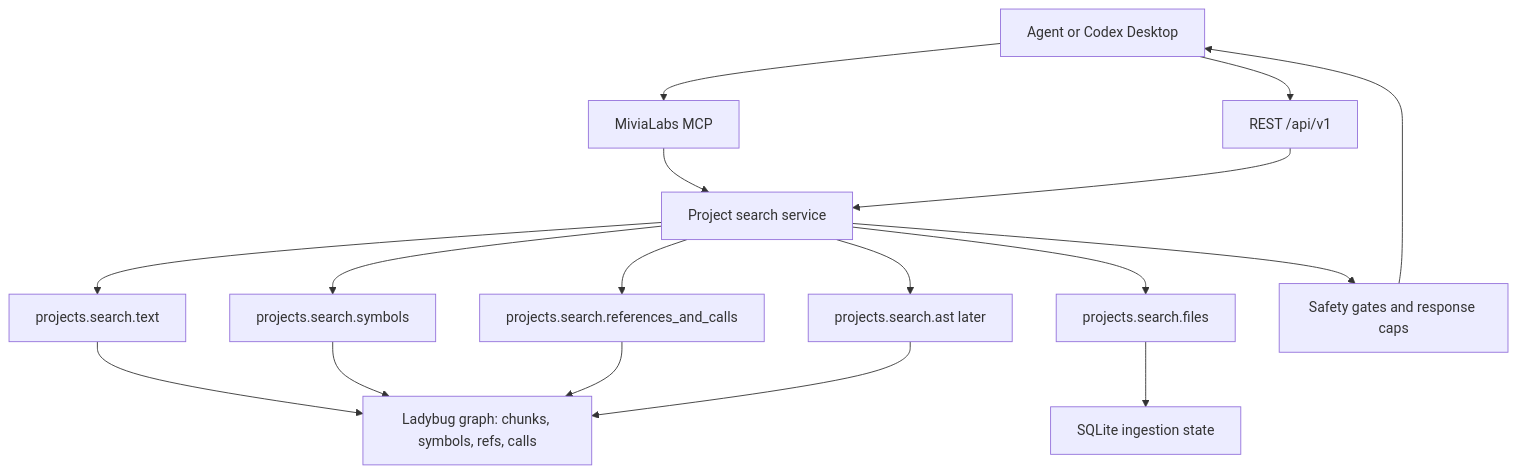
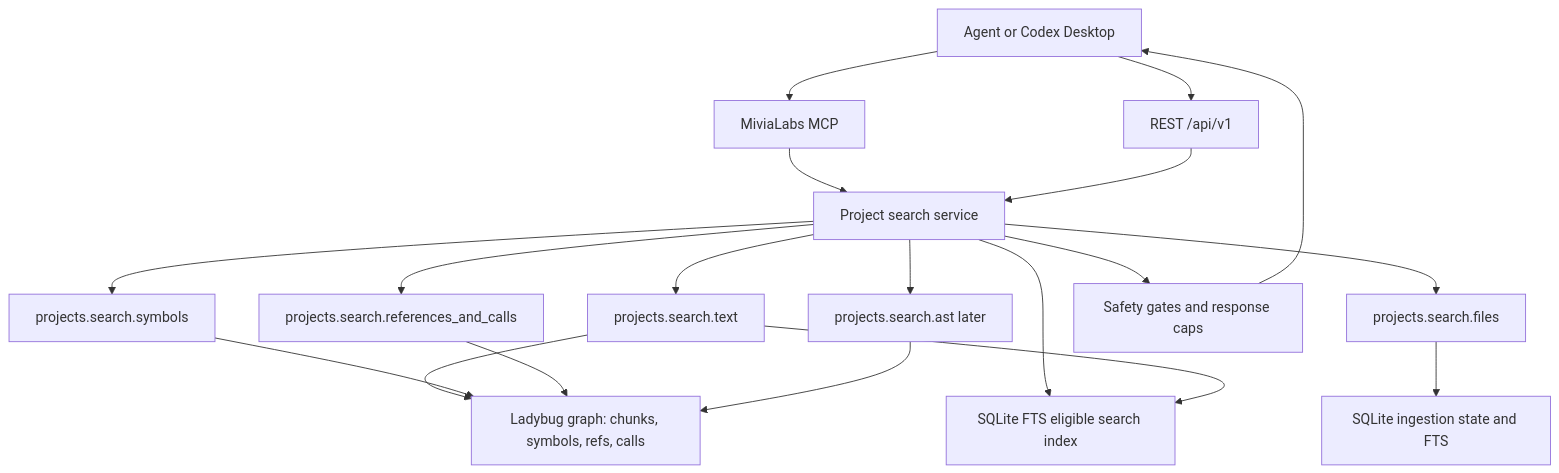
One commit to MiviaLabs/go-mivia changed the diagram in docs/plans/2026-05-30-project-search-and-embedded-ast-search-plan.md. Above: the diagram before and after it, drawn with Mermaid. The commit also changed other lines of this file and 4 other files, not shown here.

Commit message:
docs(search): update project search fts plan

````diff
--- a/docs/plans/2026-05-30-project-search-and-embedded-ast-search-plan.md
+++ b/docs/plans/2026-05-30-project-search-and-embedded-ast-search-plan.md
@@ -53,32 +54,35 @@
 ```mermaid
 flowchart TB
   Agent["Agent or Codex Desktop"]
   MCP["MiviaLabs MCP"]
   REST["REST /api/v1"]
   Search["Project search service"]
   Text["projects.search.text"]
   Files["projects.search.files"]
   Symbols["projects.search.symbols"]
   Refs["projects.search.references_and_calls"]
+  FTS["SQLite FTS eligible search index"]
   AST["projects.search.ast later"]
   Graph["Ladybug graph: chunks, symbols, refs, calls"]
-  SQLite["SQLite ingestion state"]
+  SQLite["SQLite ingestion state and FTS"]
   Safety["Safety gates and response caps"]
 
   Agent --> MCP
   Agent --> REST
   MCP --> Search
   REST --> Search
   Search --> Text
   Search --> Files
   Search --> Symbols
   Search --> Refs
+  Search --> FTS
   Search --> AST
   Text --> Graph
+  Text --> FTS
   Files --> SQLite
   Symbols --> Graph
   Refs --> Graph
   AST --> Graph
   Search --> Safety
   Safety --> Agent
 ```
````
